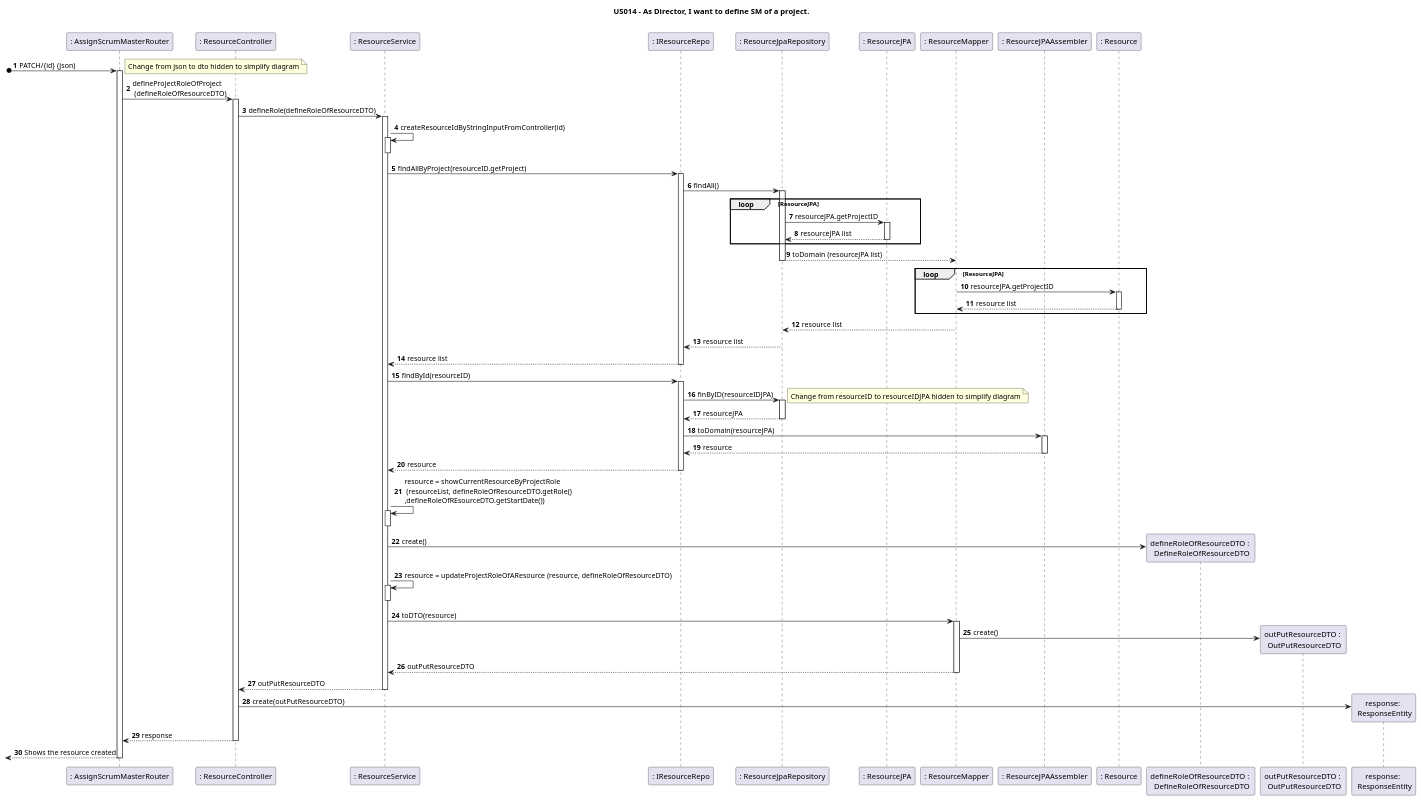
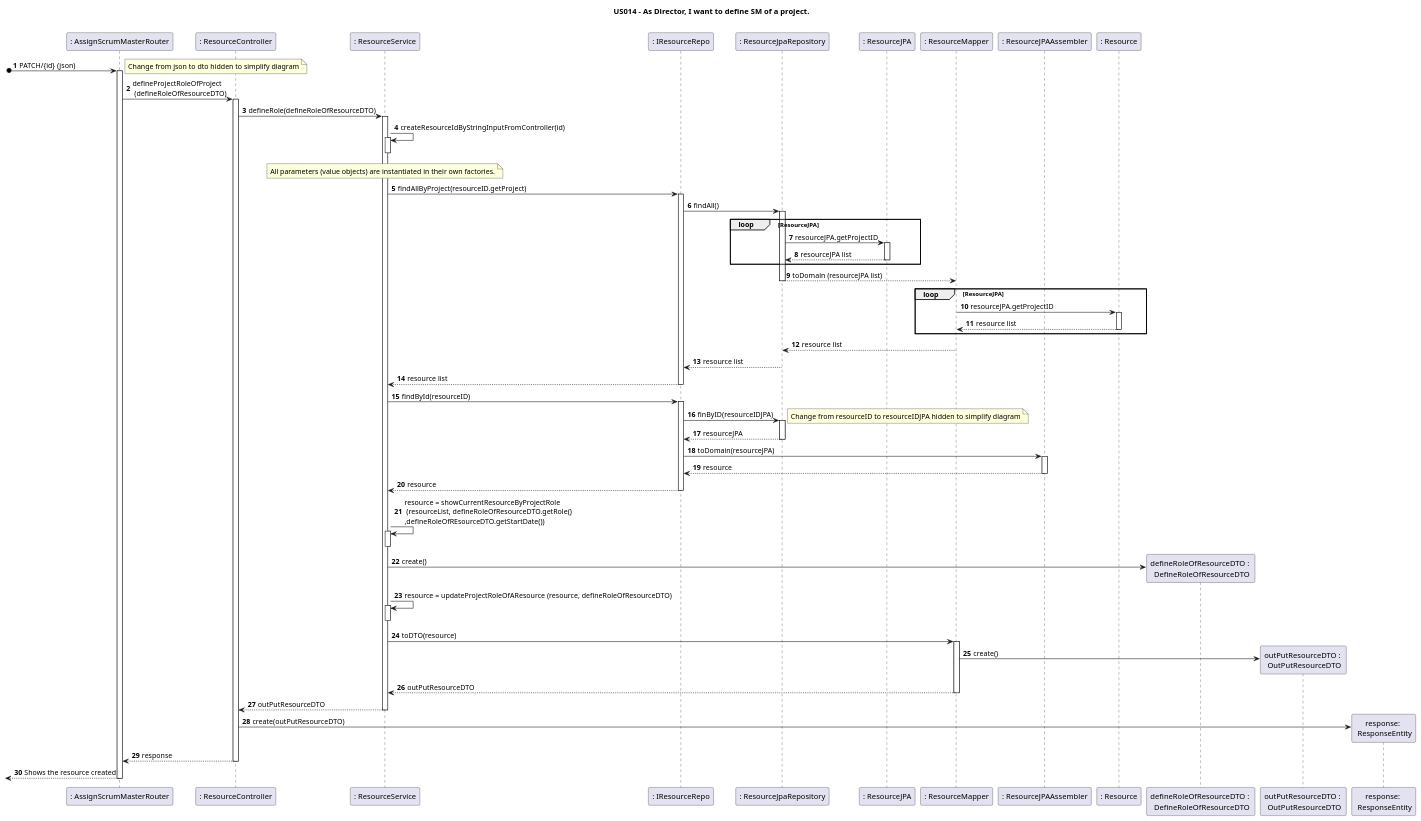
One commit to nunogon1211787/projectManagement changed the diagram in docs/Sprint2/US014/US014-SD.puml. Above: the diagram before and after it, drawn with PlantUML. The commit also changed 17 other files, not shown here.

```diff
--- a/docs/Sprint2/US014/US014-SD.puml
+++ b/docs/Sprint2/US014/US014-SD.puml
@@ -1,67 +1,68 @@
 @startuml
 'https://plantuml.com/sequence-diagram
 
 title US014 - As Director, I want to define SM of a project.
 
 autonumber
 
 participant ": AssignScrumMasterRouter" as Route
 participant ": ResourceController" as Ctrl
 participant ": ResourceService" as service
 participant ": IResourceRepo" as iResourceRepo
 participant ": ResourceJpaRepository" as resourceJPARepository
 participant ": ResourceJPA" as resourceJPA
 participant ": ResourceMapper" as mapper
 participant ": ResourceJPAAssembler" as assembler
 participant ": Resource" as resource
 participant "defineRoleOfResourceDTO : \n DefineRoleOfResourceDTO" as defineRoleOfResourceDTO
 participant "outPutResourceDTO : \n OutPutResourceDTO" as outPutResourceDTO
 participant "response: \n ResponseEntity" as json
 
 
 autoactivate on
 
 [o-> Route: PATCH/{id} (json)
 note right
 Change from json to dto hidden to simplify diagram
 end note
 Route -> Ctrl: defineProjectRoleOfProject \n (defineRoleOfResourceDTO)
 Ctrl -> service: defineRole(defineRoleOfResourceDTO)
 service -> service: createResourceIdByStringInputFromController(id)
 deactivate
+note over service : All parameters (value objects) are instantiated in their own factories.
 service -> iResourceRepo: findAllByProject(resourceID.getProject)
 iResourceRepo -> resourceJPARepository: findAll()
 loop ResourceJPA
 resourceJPARepository -> resourceJPA: resourceJPA.getProjectID
 return resourceJPA list
 end
 resourceJPARepository --> mapper: toDomain (resourceJPA list)
 loop ResourceJPA
 mapper -> resource: resourceJPA.getProjectID
 return resource list
 end
 mapper --> resourceJPARepository: resource list
 resourceJPARepository --> iResourceRepo: resource list
 iResourceRepo --> service: resource list
 service -> iResourceRepo: findById(resourceID)
 iResourceRepo -> resourceJPARepository: finByID(resourceIDJPA)
 note right
 Change from resourceID to resourceIDJPA hidden to simplify diagram
 end note
 resourceJPARepository --> iResourceRepo: resourceJPA
 iResourceRepo -> assembler: toDomain(resourceJPA)
 assembler --> iResourceRepo: resource
 iResourceRepo --> service: resource
 service -> service: resource = showCurrentResourceByProjectRole \n (resourceList, defineRoleOfResourceDTO.getRole() \n,defineRoleOfREsourceDTO.getStartDate())
 deactivate
 service -> defineRoleOfResourceDTO ** : create()
 service -> service: resource = updateProjectRoleOfAResource (resource, defineRoleOfResourceDTO)
 deactivate
 service -> mapper: toDTO(resource)
 mapper -> outPutResourceDTO **: create()
 mapper --> service: outPutResourceDTO
 service --> Ctrl: outPutResourceDTO
 Ctrl -> json **: create(outPutResourceDTO)
 Ctrl --> Route: response
 [<--Route : Shows the resource created
 @enduml
```
